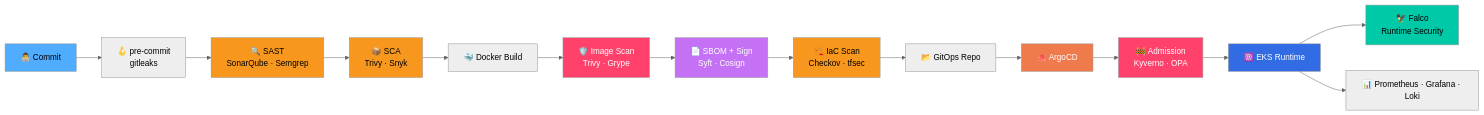
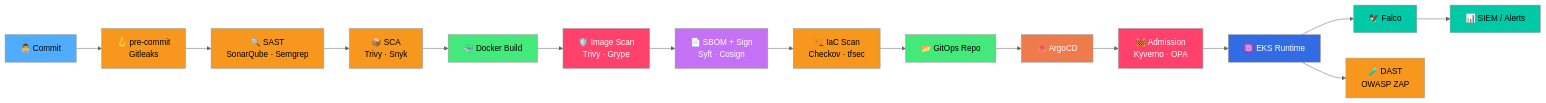
The sixth of 17 diagrams in README.md (muntaha747/FinTech-Enterprise-Project), drawn with Mermaid (neutral theme) before and after one commit. The commit also changed other lines of this file, not shown here.

Commit message:
Remove Terraform/Karpenter files; expand README with 14 microservices and richer diagrams

````diff
--- a/README.md
+++ b/README.md
@@ -96,27 +331,26 @@
 ```mermaid
 flowchart LR
-    DEV[👨‍💻 Commit] --> PRE[🪝 pre-commit<br/>gitleaks]
-    PRE --> SAST[🔍 SAST<br/>SonarQube · Semgrep]
-    SAST --> SCA[📦 SCA<br/>Trivy · Snyk]
-    SCA --> BUILD[🐳 Docker Build]
-    BUILD --> SCAN[🛡️ Image Scan<br/>Trivy · Grype]
-    SCAN --> SBOM[📄 SBOM + Sign<br/>Syft · Cosign]
-    SBOM --> IAC[🏗️ IaC Scan<br/>Checkov · tfsec]
-    IAC --> GIT[📂 GitOps Repo]
-    GIT --> ARGO[🐙 ArgoCD]
-    ARGO --> ADM[🚧 Admission<br/>Kyverno · OPA]
-    ADM --> RUN[☸️ EKS Runtime]
-    RUN --> FALCO[🦅 Falco<br/>Runtime Security]
-    RUN --> OBS[📊 Prometheus · Grafana · Loki]
+    DEV[👨‍💻 Commit]:::s0 --> PRE[🪝 pre-commit<br/>Gitleaks]:::s1
+    PRE --> SAST[🔍 SAST<br/>SonarQube · Semgrep]:::s1
+    SAST --> SCA[📦 SCA<br/>Trivy · Snyk]:::s1
+    SCA --> BUILD[🐳 Docker Build]:::s2
+    BUILD --> SCAN[🛡️ Image Scan<br/>Trivy · Grype]:::s3
+    SCAN --> SBOM[📄 SBOM + Sign<br/>Syft · Cosign]:::s4
+    SBOM --> IAC[🏗️ IaC Scan<br/>Checkov · tfsec]:::s1
+    IAC --> GIT[📂 GitOps Repo]:::s2
+    GIT --> ARGO[🐙 ArgoCD]:::s5
+    ARGO --> ADM[🚧 Admission<br/>Kyverno · OPA]:::s3
+    ADM --> RUN[☸️ EKS Runtime]:::s6
+    RUN --> FALCO[🦅 Falco]:::s7
+    RUN --> DAST[🧪 DAST<br/>OWASP ZAP]:::s1
+    FALCO --> SIEM[📊 SIEM / Alerts]:::s7
 
-    style DEV fill:#4facfe,color:#000
-    style SAST fill:#f7971e,color:#000
-    style SCA fill:#f7971e,color:#000
-    style SCAN fill:#ff416c,color:#fff
-    style SBOM fill:#c471f5,color:#fff
-    style IAC fill:#f7971e,color:#000
-    style ARGO fill:#ef7b4d,color:#fff
-    style ADM fill:#ff416c,color:#fff
-    style RUN fill:#326ce5,color:#fff
-    style FALCO fill:#00c9a7,color:#000
+    classDef s0 fill:#4facfe,color:#000
+    classDef s1 fill:#f7971e,color:#000
+    classDef s2 fill:#43e97b,color:#000
+    classDef s3 fill:#ff416c,color:#fff
+    classDef s4 fill:#c471f5,color:#fff
+    classDef s5 fill:#ef7b4d,color:#fff
+    classDef s6 fill:#326ce5,color:#fff
+    classDef s7 fill:#00c9a7,color:#000
 ```
````
